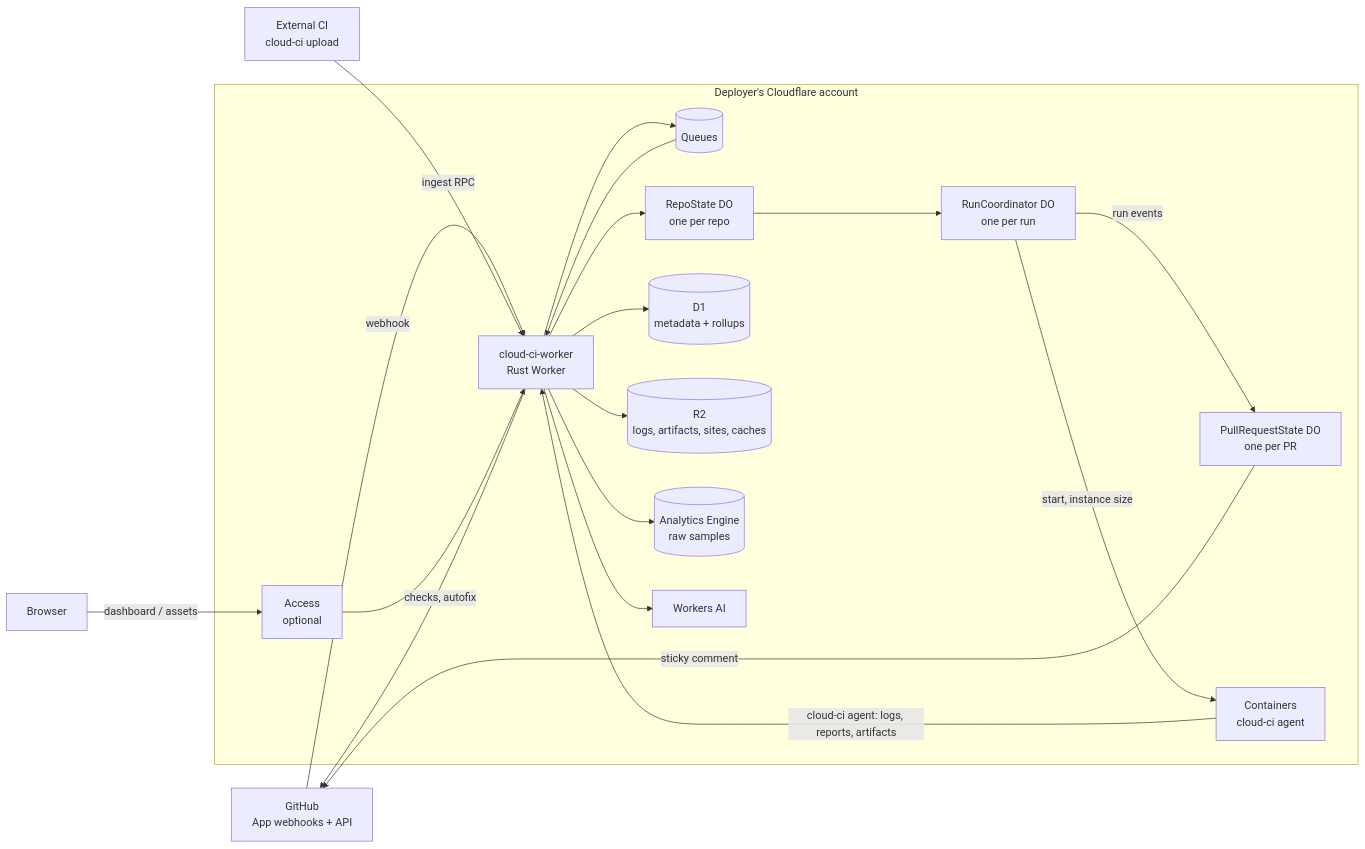
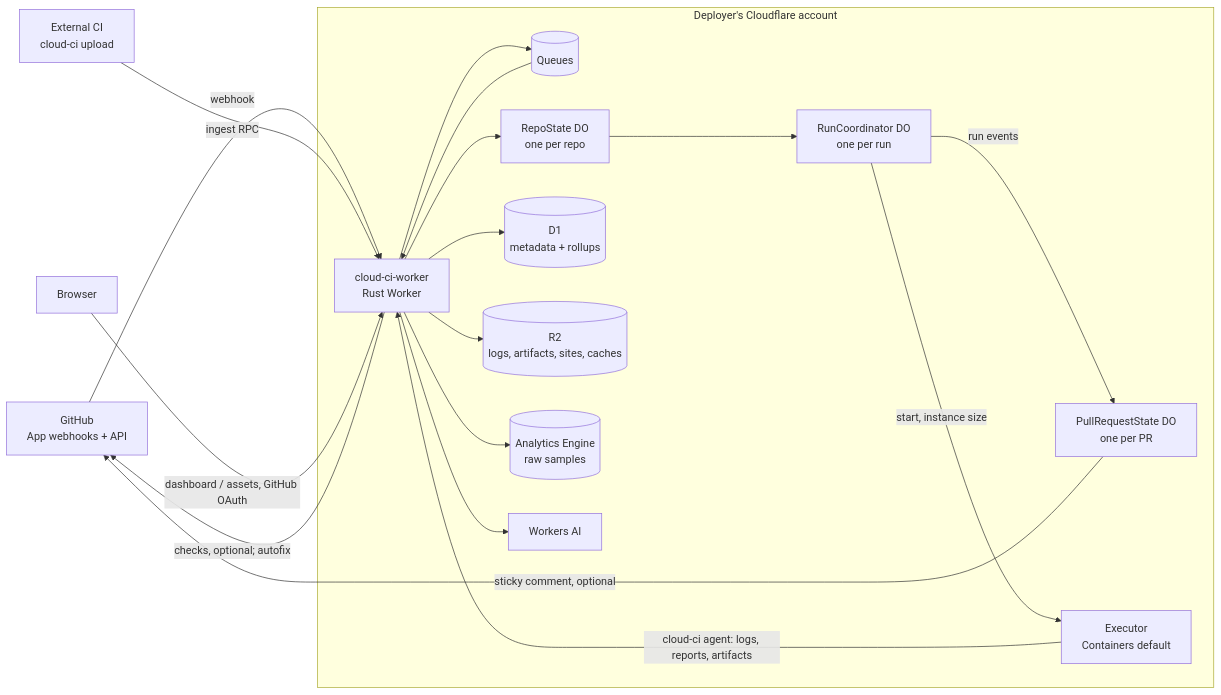
The diagram in docs/architecture.md (btkostner/cloud-ci), drawn with Mermaid before and after one commit. The commit also changed other lines of this file and 19 other files, not shown here.

Commit message:
Apply PR review: dynamic-only pipelines, settings.yml, GitHub-only auth, templated PR comment, pluggable executors

````diff
--- a/docs/architecture.md
+++ b/docs/architecture.md
@@ -26,33 +26,32 @@
 ```mermaid
 flowchart LR
     GH[GitHub<br/>App webhooks + API]
     BYO[External CI<br/>cloud-ci upload]
     U[Browser]
 
     subgraph CF[Deployer's Cloudflare account]
       W[cloud-ci-worker<br/>Rust Worker]
       Q[(Queues)]
       RC[RunCoordinator DO<br/>one per run]
       RS[RepoState DO<br/>one per repo]
       PR[PullRequestState DO<br/>one per PR]
-      C[Containers<br/>cloud-ci agent]
+      EX[Executor<br/>Containers default]
       D1[(D1<br/>metadata + rollups)]
       R2[(R2<br/>logs, artifacts, sites, caches)]
       AE[(Analytics Engine<br/>raw samples)]
       AI[Workers AI]
-      ACC[Access<br/>optional]
     end
 
     GH -->|webhook| W
     BYO -->|ingest RPC| W
-    U -->|dashboard / assets| ACC --> W
+    U -->|dashboard / assets, GitHub OAuth| W
     W --> Q --> W
     W --> RS --> RC
-    RC -->|start, instance size| C
-    C -->|cloud-ci agent: logs, reports, artifacts| W
+    RC -->|start, instance size| EX
+    EX -->|cloud-ci agent: logs, reports, artifacts| W
     W --> D1 & R2 & AE
     W --> AI
     RC -->|run events| PR
-    PR -->|sticky comment| GH
-    W -->|checks, autofix| GH
+    PR -->|sticky comment, optional| GH
+    W -->|checks, optional; autofix| GH
 ```
````
